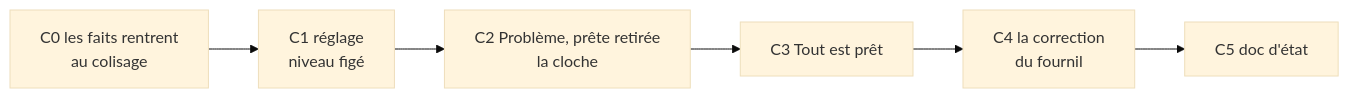
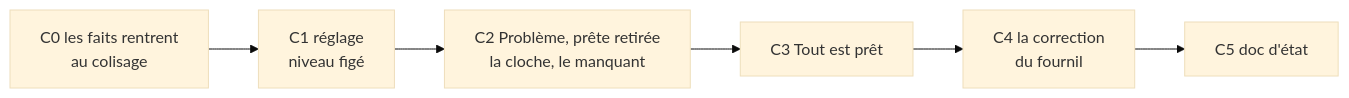
One commit to hugoheynard/lfd changed the second of 2 diagrams in documentation/colisage/plan-niveaux-de-suivi-colisage.md. Above: the diagram before and after it, drawn with Mermaid (base theme). The commit also changed other lines of this file, not shown here.

````diff
--- a/documentation/colisage/plan-niveaux-de-suivi-colisage.md
+++ b/documentation/colisage/plan-niveaux-de-suivi-colisage.md
@@ -158,8 +191,8 @@
 ```mermaid
 flowchart LR
     C0["C0 les faits rentrent<br/>au colisage"] --> C1["C1 réglage<br/>niveau figé"]
-    C1 --> C2["C2 Problème, prête retirée<br/>la cloche"]
+    C1 --> C2["C2 Problème, prête retirée<br/>la cloche, le manquant"]
     C2 --> C3["C3 Tout est prêt"]
     C3 --> C4["C4 la correction<br/>du fournil"]
     C4 --> C5["C5 doc d'état"]
 ```
````
